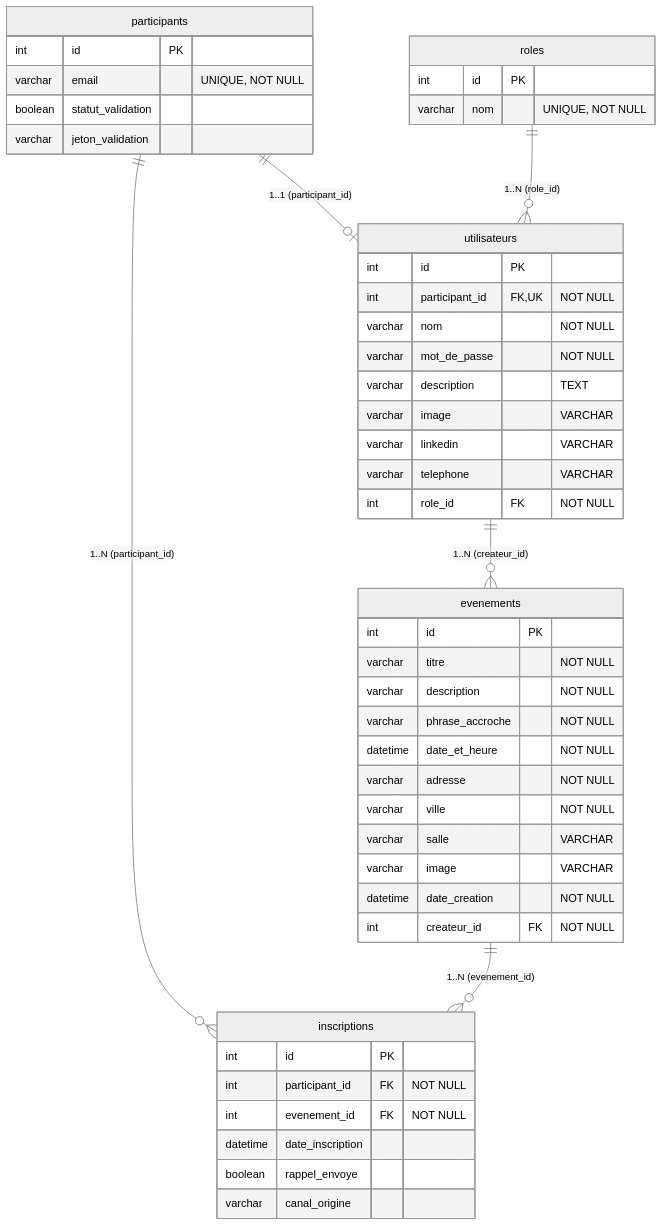
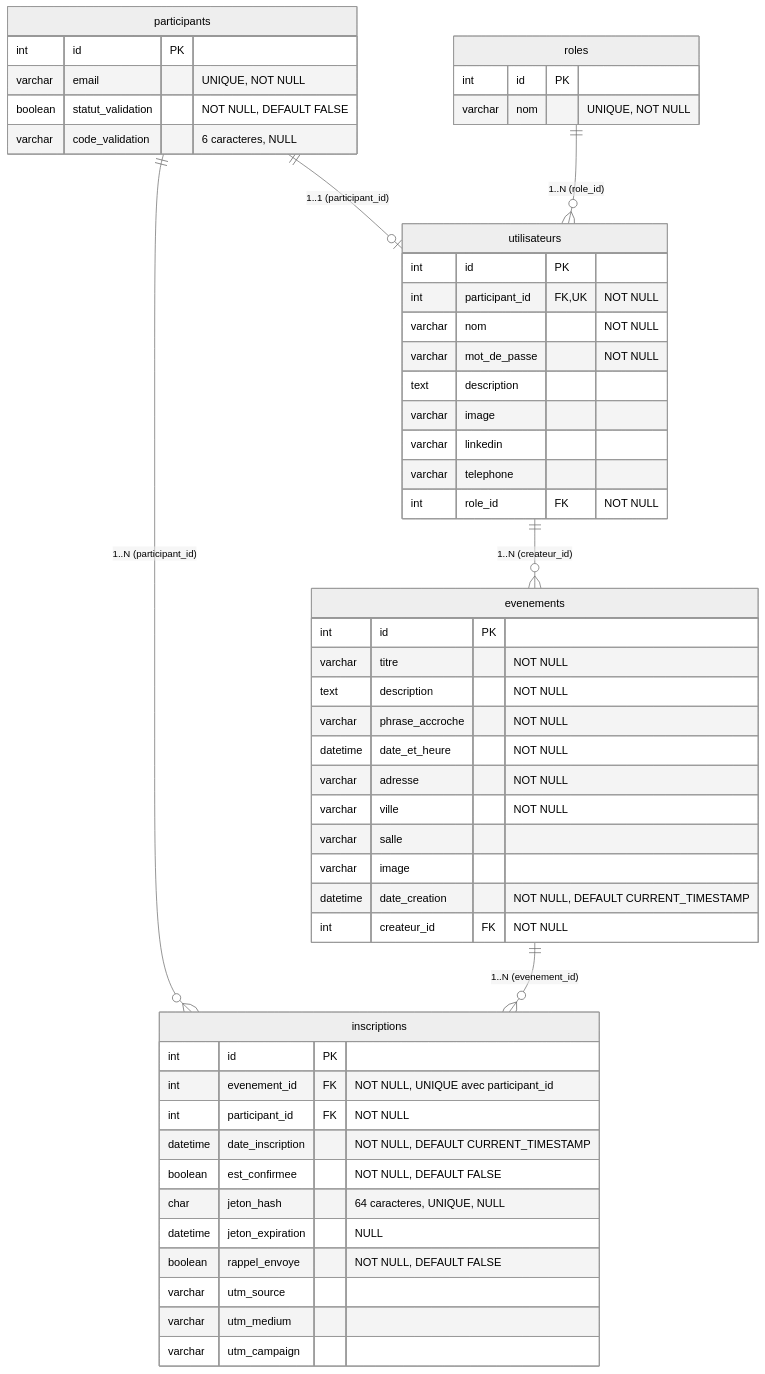
Before and after one commit to QuentinThuler/ProgServ2_Mikael-Juillet_Quentin-Thuler: the diagram in diagrams/mld.mermaid, drawn with Mermaid (neutral theme). The commit also changed 1 other file, not shown here.

```diff
--- a/diagrams/mld.mermaid
+++ b/diagrams/mld.mermaid
@@ -1,49 +1,54 @@
 erDiagram
     roles {
         int id PK
         varchar nom "UNIQUE, NOT NULL"
     }
     participants {
         int id PK
         varchar email "UNIQUE, NOT NULL"
-        boolean statut_validation
-        varchar jeton_validation
+        boolean statut_validation "NOT NULL, DEFAULT FALSE"
+        varchar code_validation "6 caracteres, NULL"
     }
     utilisateurs {
         int id PK
         int participant_id FK, UK "NOT NULL"
         varchar nom "NOT NULL"
         varchar mot_de_passe "NOT NULL"
-        varchar description "TEXT"
-        varchar image "VARCHAR"
-        varchar linkedin "VARCHAR"
-        varchar telephone "VARCHAR"
+        text description
+        varchar image
+        varchar linkedin
+        varchar telephone
         int role_id FK "NOT NULL"
     }
     evenements {
         int id PK
         varchar titre "NOT NULL"
-        varchar description "NOT NULL"
+        text description "NOT NULL"
         varchar phrase_accroche "NOT NULL"
         datetime date_et_heure "NOT NULL"
         varchar adresse "NOT NULL"
         varchar ville "NOT NULL"
-        varchar salle "VARCHAR"
-        varchar image "VARCHAR"
-        datetime date_creation "NOT NULL"
+        varchar salle
+        varchar image
+        datetime date_creation "NOT NULL, DEFAULT CURRENT_TIMESTAMP"
         int createur_id FK "NOT NULL"
     }
     inscriptions {
         int id PK
+        int evenement_id FK "NOT NULL, UNIQUE avec participant_id"
         int participant_id FK "NOT NULL"
-        int evenement_id FK "NOT NULL"
-        datetime date_inscription
-        boolean rappel_envoye
-        varchar canal_origine
+        datetime date_inscription "NOT NULL, DEFAULT CURRENT_TIMESTAMP"
+        boolean est_confirmee "NOT NULL, DEFAULT FALSE"
+        char jeton_hash "64 caracteres, UNIQUE, NULL"
+        datetime jeton_expiration "NULL"
+        boolean rappel_envoye "NOT NULL, DEFAULT FALSE"
+        varchar utm_source
+        varchar utm_medium
+        varchar utm_campaign
     }
 
     participants ||--o| utilisateurs : "1..1 (participant_id)"
     roles ||--o{ utilisateurs : "1..N (role_id)"
     utilisateurs ||--o{ evenements : "1..N (createur_id)"
     participants ||--o{ inscriptions : "1..N (participant_id)"
     evenements ||--o{ inscriptions : "1..N (evenement_id)"
```
